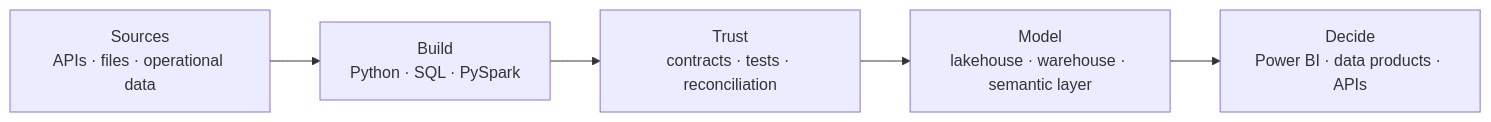
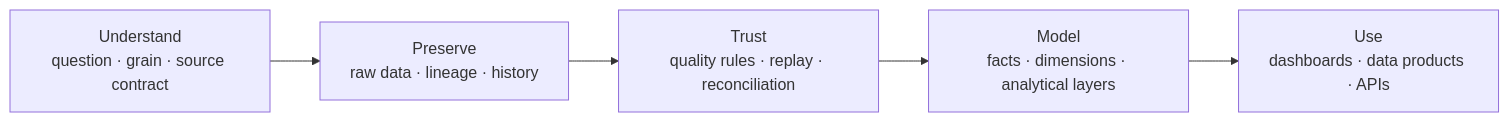
The diagram in README.md (kelszn/kelszn), drawn with Mermaid before and after one commit. The commit also changed other lines of this file, not shown here.

````diff
--- a/README.md
+++ b/README.md
@@ -21,7 +29,7 @@
 ```mermaid
 flowchart LR
-    A["Sources<br/>APIs · files · operational data"] --> B["Build<br/>Python · SQL · PySpark"]
-    B --> C["Trust<br/>contracts · tests · reconciliation"]
-    C --> D["Model<br/>lakehouse · warehouse · semantic layer"]
-    D --> E["Decide<br/>Power BI · data products · APIs"]
+    A["Understand<br/>question · grain · source contract"] --> B["Preserve<br/>raw data · lineage · history"]
+    B --> C["Trust<br/>quality rules · replay · reconciliation"]
+    C --> D["Model<br/>facts · dimensions · analytical layers"]
+    D --> E["Use<br/>dashboards · data products · APIs"]
 ```
````
